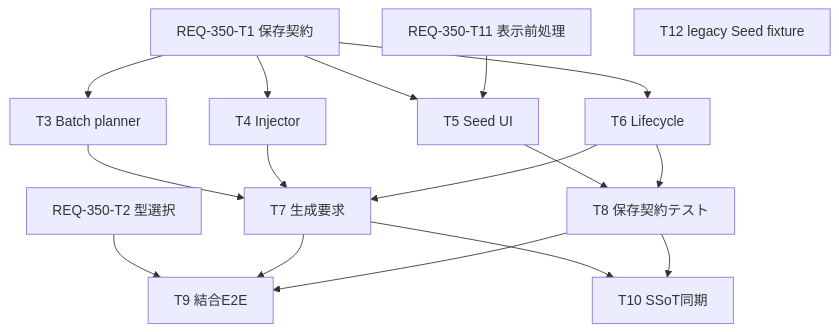
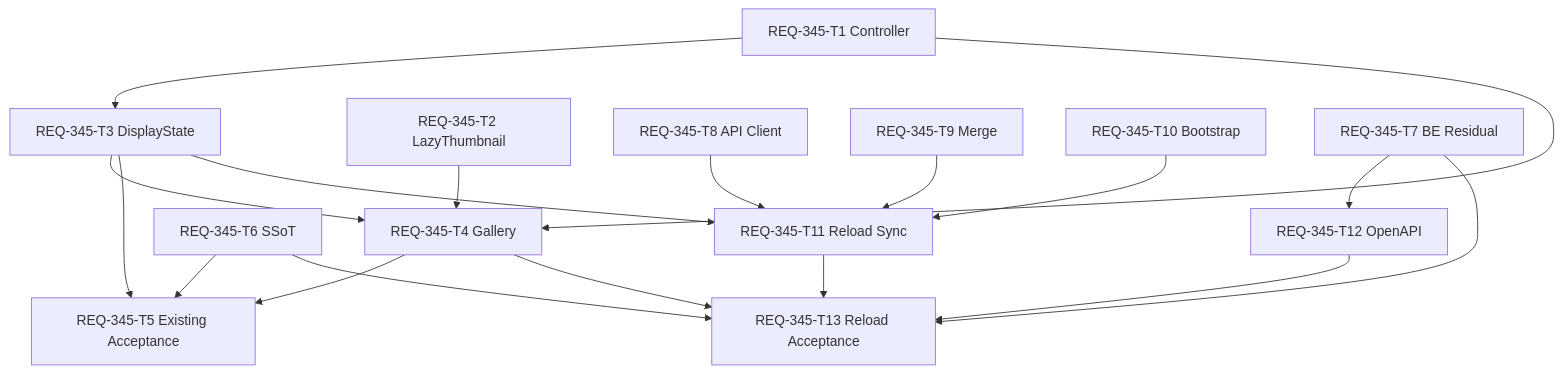
Before and after one commit to TAKE4548/comfy-create-helper2: the diagram in implementation_plan.md, drawn with Mermaid. The commit also changed other lines of this file and 62 other files, not shown here.

````diff
--- a/implementation_plan.md
+++ b/implementation_plan.md
@@ -38,19 +42,20 @@
-```mermaid
+~~~mermaid
 graph TD
-  T1["REQ-350-T1 保存契約"] --> T3["T3 Batch planner"]
-  T1 --> T4["T4 Injector"]
-  T1 --> T5["T5 Seed UI"]
-  T11["REQ-350-T11 表示前処理"] --> T5
-  T1 --> T6["T6 Lifecycle"]
-  T3 --> T7["T7 生成要求"]
-  T4 --> T7
-  T6 --> T7
-  T5 --> T8["T8 保存契約テスト"]
-  T6 --> T8
-  T2["REQ-350-T2 型選択"] --> T9["T9 結合E2E"]
-  T7 --> T9
-  T8 --> T9
-  T7 --> T10["T10 SSoT同期"]
-  T8 --> T10
-  T12["T12 legacy Seed fixture"]
-```
+  T1[REQ-345-T1 Controller] --> T3[REQ-345-T3 DisplayState]
+  T1 --> T4[REQ-345-T4 Gallery]
+  T2[REQ-345-T2 LazyThumbnail] --> T4
+  T3 --> T4
+  T3 --> T5[REQ-345-T5 Existing Acceptance]
+  T4 --> T5
+  T6[REQ-345-T6 SSoT] --> T5
+  T3 --> T11[REQ-345-T11 Reload Sync]
+  T8[REQ-345-T8 API Client] --> T11
+  T9[REQ-345-T9 Merge] --> T11
+  T10[REQ-345-T10 Bootstrap] --> T11
+  T7[REQ-345-T7 BE Residual] --> T12[REQ-345-T12 OpenAPI]
+  T7 --> T13[REQ-345-T13 Reload Acceptance]
+  T11 --> T13
+  T6 --> T13
+  T12 --> T13
+  T4 --> T13
+~~~
````
